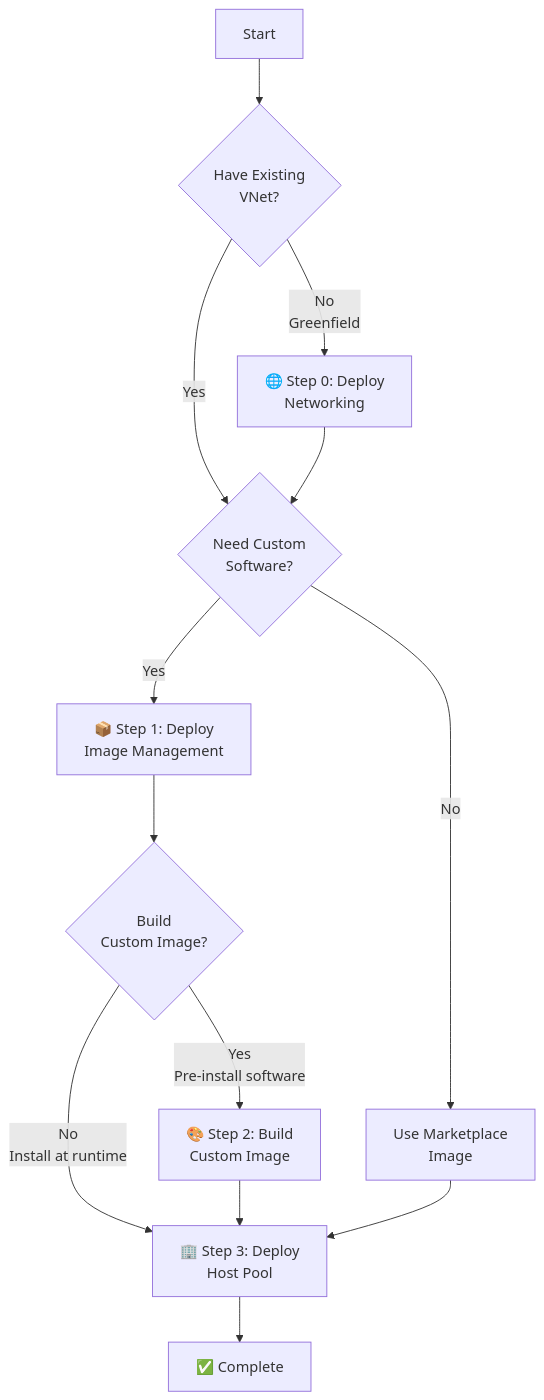
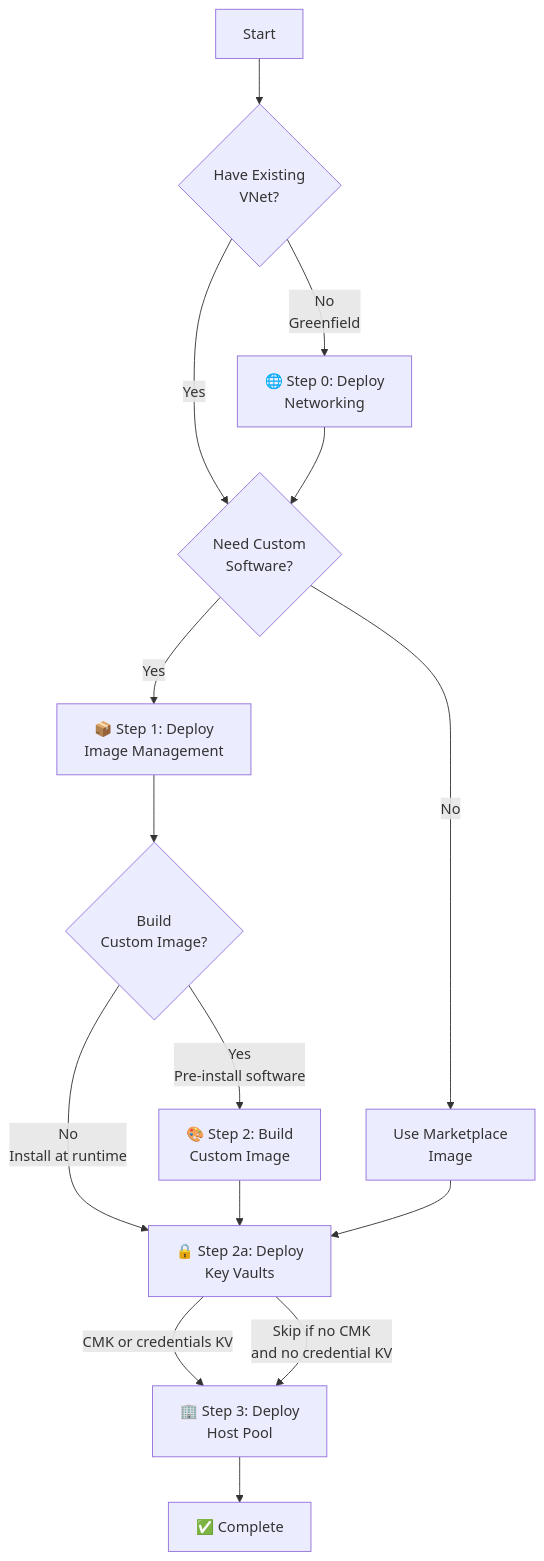
One commit to Azure/FederalAVD changed the diagram in docs/quickStart.md. Above: the diagram before and after it, drawn with Mermaid. The commit also changed other lines of this file and 39 other files, not shown here.

````diff
--- a/docs/quickStart.md
+++ b/docs/quickStart.md
@@ -11,15 +11,17 @@
 ```mermaid
 graph TD
     A[Start] --> B{Have Existing<br/>VNet?}
     B -->|No<br/>Greenfield| C[🌐 Step 0: Deploy<br/>Networking]
     B -->|Yes| D{Need Custom<br/>Software?}
     C --> D
     D -->|Yes| E[📦 Step 1: Deploy<br/>Image Management]
     D -->|No| F[Use Marketplace<br/>Image]
     E --> G{Build<br/>Custom Image?}
     G -->|Yes<br/>Pre-install software| H[🎨 Step 2: Build<br/>Custom Image]
-    G -->|No<br/>Install at runtime| I[🏢 Step 3: Deploy<br/>Host Pool]
-    H --> I
-    F --> I
+    G -->|No<br/>Install at runtime| SEC[🔒 Step 2a: Deploy<br/>Key Vaults]
+    H --> SEC
+    F --> SEC
+    SEC -->|CMK or credentials KV| I[🏢 Step 3: Deploy<br/>Host Pool]
+    SEC -->|Skip if no CMK<br/>and no credential KV| I
     I --> J[✅ Complete]
 ```
````
